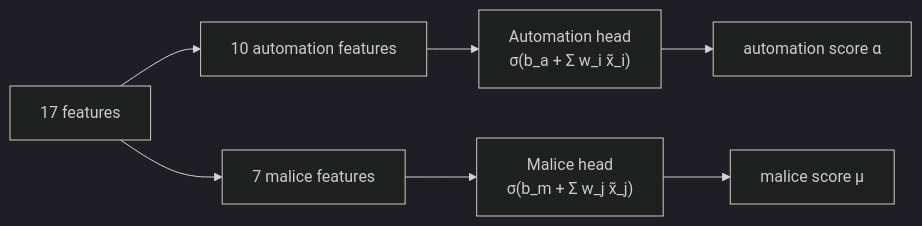
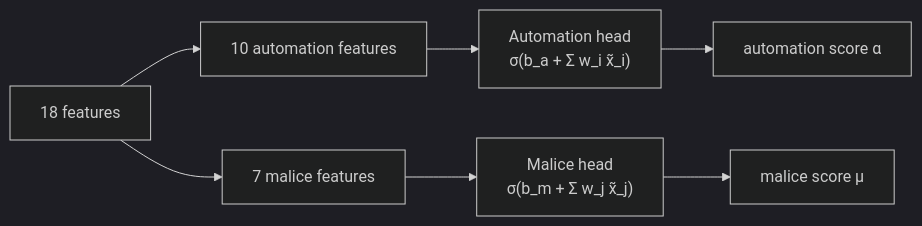
Before and after one commit to parthkansal823/FinalYearProject-Deception: the second of 6 diagrams in docs/METHODOLOGY.md, drawn with Mermaid (dark theme). The commit also changed other lines of this file and 47 other files, not shown here.

````diff
--- a/docs/METHODOLOGY.md
+++ b/docs/METHODOLOGY.md
@@ -290,9 +290,9 @@
 ```mermaid
 flowchart LR
-    X[17 features] --> A[10 automation features]
+    X[18 features] --> A[10 automation features]
     X --> M[7 malice features]
     A --> HA["Automation head<br/>σ(b_a + Σ w_i x̃_i)"]
     M --> HM["Malice head<br/>σ(b_m + Σ w_j x̃_j)"]
     HA --> SA[automation score α]
     HM --> SM[malice score μ]
 ```
````
